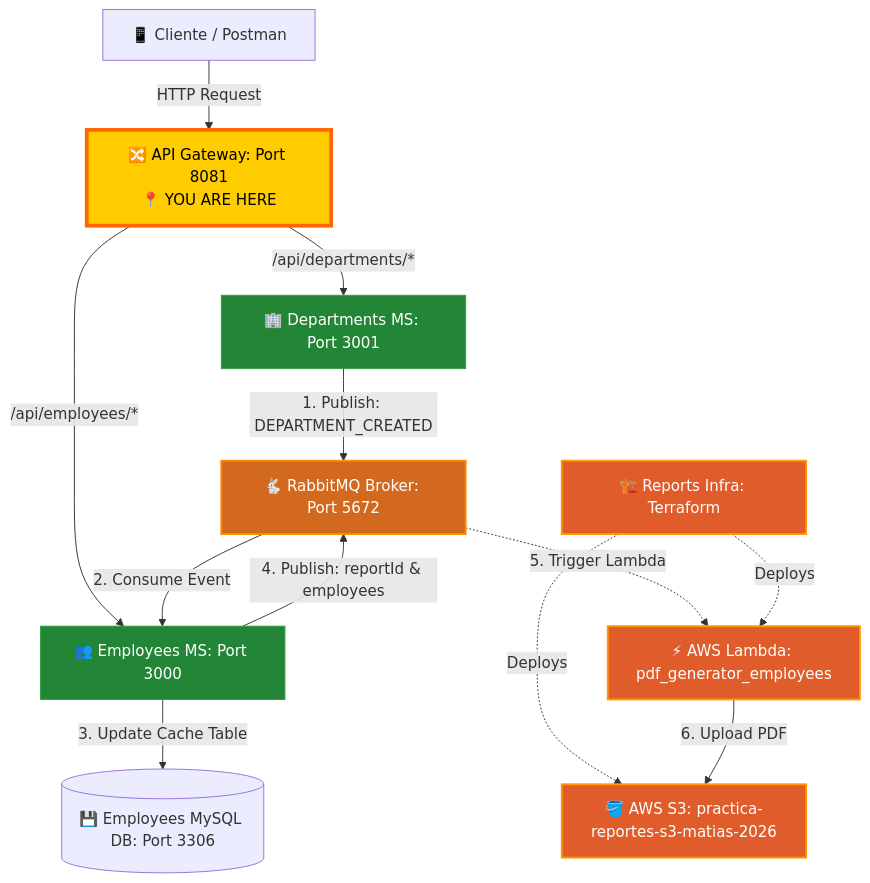
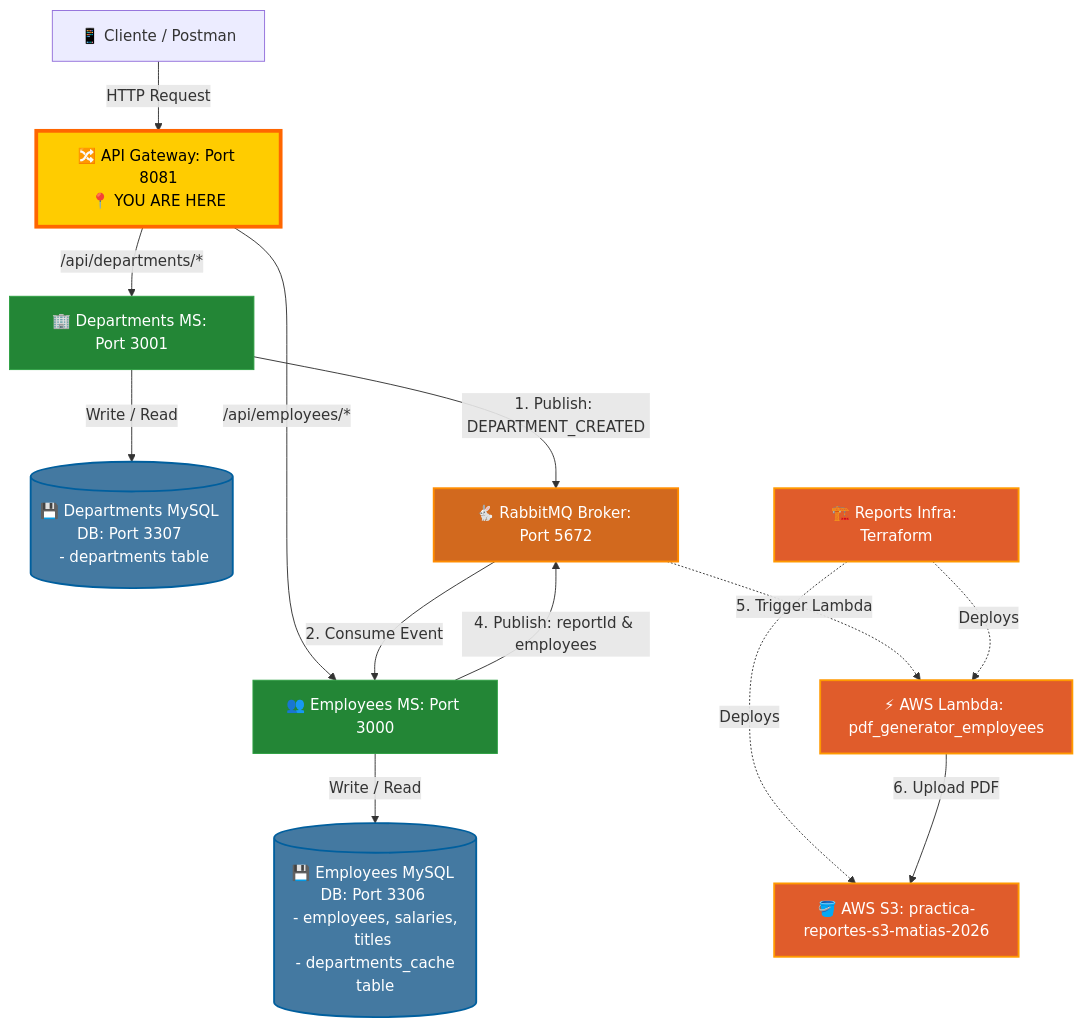
The diagram in README.md (MNATorres/employees_api_gateway), drawn with Mermaid before and after one commit. The commit also changed other lines of this file, not shown here.

Commit message:
docs: update architecture diagram with databases and fix employees_ms URL

````diff
--- a/README.md
+++ b/README.md
@@ -37,33 +37,38 @@
 ```mermaid
 graph TD
     Client[📱 Cliente / Postman] -->|HTTP Request| GW["🔀 API Gateway: Port 8081<br>📍 YOU ARE HERE"]
     
     %% Proxies
     GW -->|/api/departments/*| MS_Dept[🏢 Departments MS: Port 3001]
     GW -->|/api/employees/*| MS_Emp[👥 Employees MS: Port 3000]
     
+    %% Databases locales
+    MS_Dept -->|Write / Read| DB_Dept[(💾 Departments MySQL DB: Port 3307 <br> - departments table)]
+    MS_Emp -->|Write / Read| DB_Emp[(💾 Employees MySQL DB: Port 3306 <br> - employees, salaries, titles <br> - departments_cache table)]
+    
     %% Pub/Sub
     MS_Dept -->|1. Publish: DEPARTMENT_CREATED| RMQ[🐇 RabbitMQ Broker: Port 5672]
     RMQ -->|2. Consume Event| MS_Emp
-    MS_Emp -->|3. Update Cache Table| DB_Emp[(💾 Employees MySQL DB: Port 3306)]
     
     %% Reportes
     MS_Emp -->|4. Publish: reportId & employees| RMQ
     RMQ -.->|5. Trigger Lambda| Lambda[⚡ AWS Lambda: pdf_generator_employees]
     
     %% AWS Infra
     Infra[🏗️ Reports Infra: Terraform] -.->|Deploys| Lambda
     Infra -.->|Deploys| S3[🪣 AWS S3: practica-reportes-s3-matias-2026]
     Lambda -->|6. Upload PDF| S3
 
     classDef current fill:#ffcc00,stroke:#ff6600,stroke-width:4px,color:#000000;
     classDef gateway fill:#1f6feb,stroke:#58a6ff,stroke-width:2px,color:#ffffff;
     classDef service fill:#238636,stroke:#2ea043,stroke-width:1px,color:#ffffff;
+    classDef database fill:#4479A1,stroke:#005F9E,stroke-width:2px,color:#ffffff;
     classDef broker fill:#d2691e,stroke:#ff8c00,stroke-width:2px,color:#ffffff;
     classDef aws fill:#e05c2b,stroke:#ff9900,stroke-width:2px,color:#ffffff;
     
     class GW current;
     class MS_Emp,MS_Dept service;
+    class DB_Dept,DB_Emp database;
     class RMQ broker;
     class Lambda,S3,Infra aws;
 ```
````
